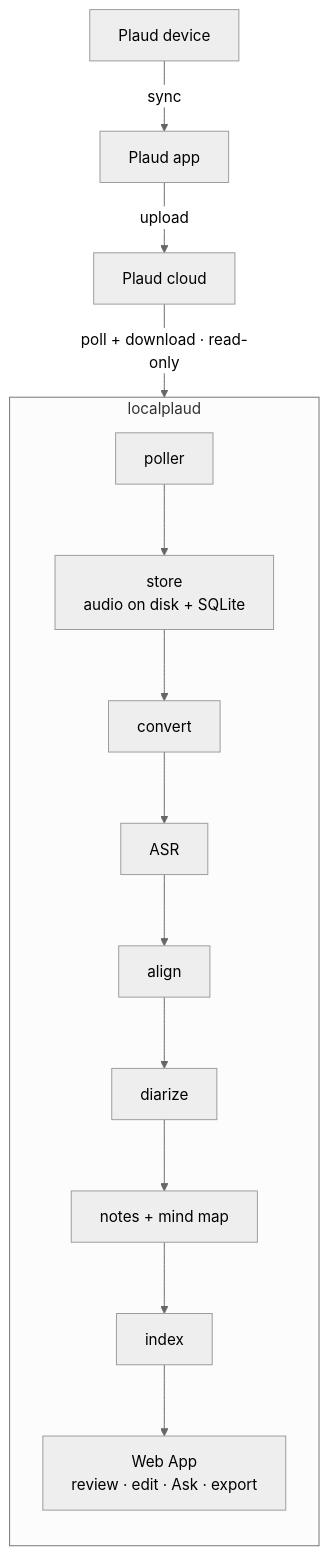
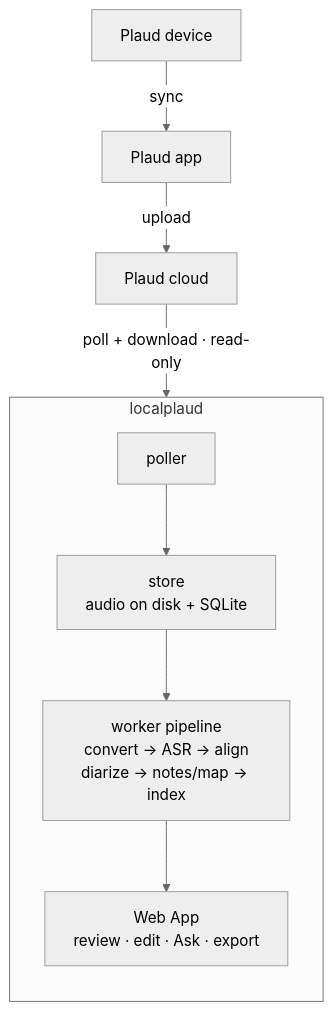
One commit to skyhong2002/localplaud changed the diagram in README.md. Above: the diagram before and after it, drawn with Mermaid (neutral theme).

Commit message:
docs: compact README workflow diagram

````diff
--- a/README.md
+++ b/README.md
@@ -56,14 +56,12 @@
 ```mermaid
 flowchart TB
-    device["Plaud device"] -->|sync| app["Plaud app"]
-    app -->|upload| cloud["Plaud cloud"]
+    device["Plaud device"] -->|sync| app["Plaud app"] -->|upload| cloud["Plaud cloud"]
     cloud -->|"poll + download · read-only"| poller
 
     subgraph localplaud["localplaud"]
         direction TB
         poller["poller"] --> store["store<br/>audio on disk + SQLite"]
-        store --> convert["convert"] --> asr["ASR"] --> align["align"]
-        align --> diarize["diarize"] --> notes["notes + mind map"]
-        notes --> index["index"] --> web["Web App<br/>review · edit · Ask · export"]
+        store --> worker["worker pipeline<br/>convert → ASR → align<br/>diarize → notes/map → index"]
+        worker --> web["Web App<br/>review · edit · Ask · export"]
     end
 ```
````
